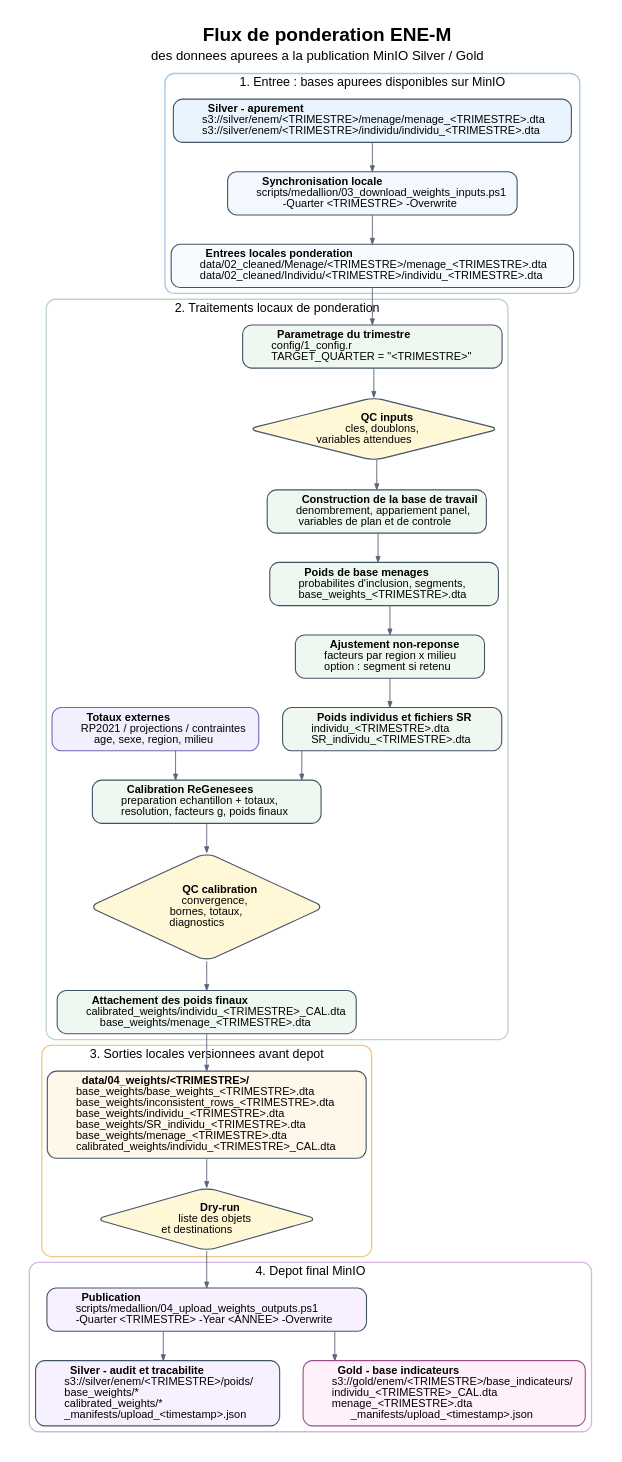
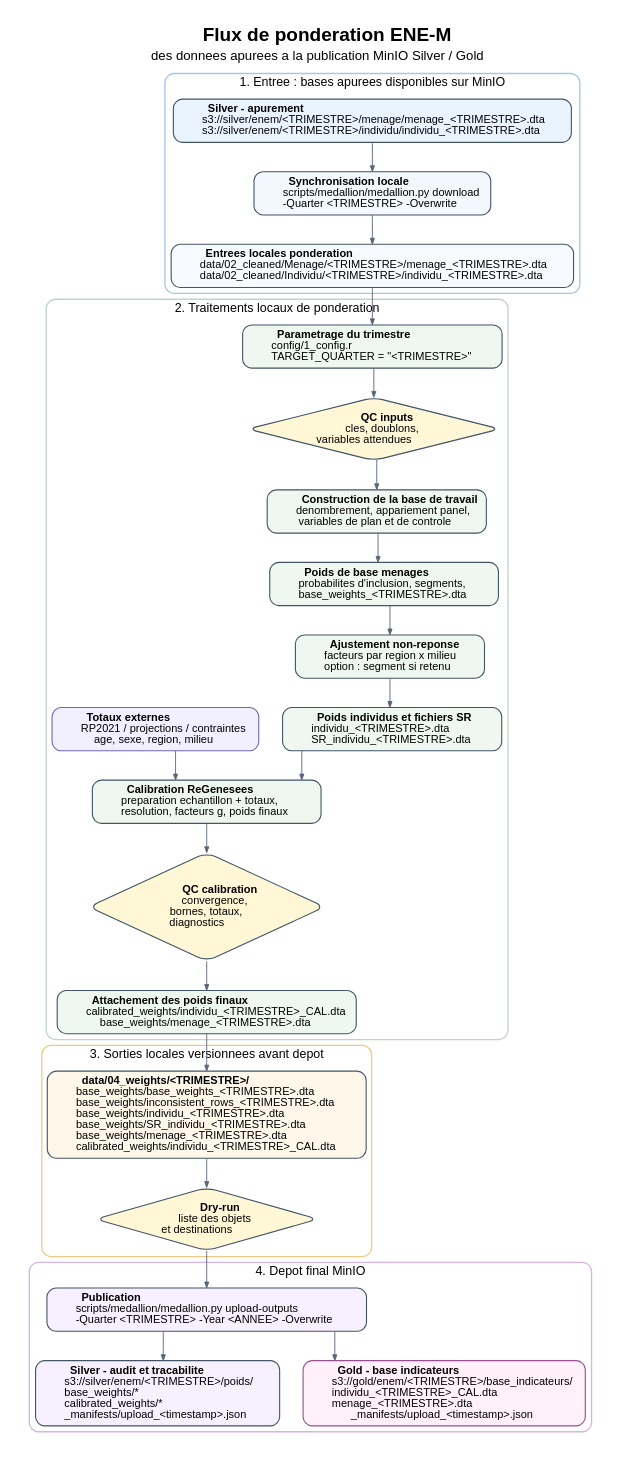
Before and after one commit to cae-ins/enem_weight_nv: the diagram in reports/enem_weight_flow_minio.dot, drawn with Graphviz. The commit also changed 16 other files, not shown here.

```diff
--- a/reports/enem_weight_flow_minio.dot
+++ b/reports/enem_weight_flow_minio.dot
@@ -55,7 +55,7 @@
       fillcolor="#F3F8FF",
       label=<
         <B>Synchronisation locale</B><BR ALIGN="LEFT"/>
-        scripts/medallion/03_download_weights_inputs.ps1<BR ALIGN="LEFT"/>
+        scripts/medallion/medallion.py download<BR ALIGN="LEFT"/>
         -Quarter &lt;TRIMESTRE&gt; -Overwrite
       >
     ];
@@ -222,7 +222,7 @@
       fillcolor="#F9F0FF",
       label=<
         <B>Publication</B><BR ALIGN="LEFT"/>
-        scripts/medallion/04_upload_weights_outputs.ps1<BR ALIGN="LEFT"/>
+        scripts/medallion/medallion.py upload-outputs<BR ALIGN="LEFT"/>
         -Quarter &lt;TRIMESTRE&gt; -Year &lt;ANNEE&gt; -Overwrite
       >
     ];
```
